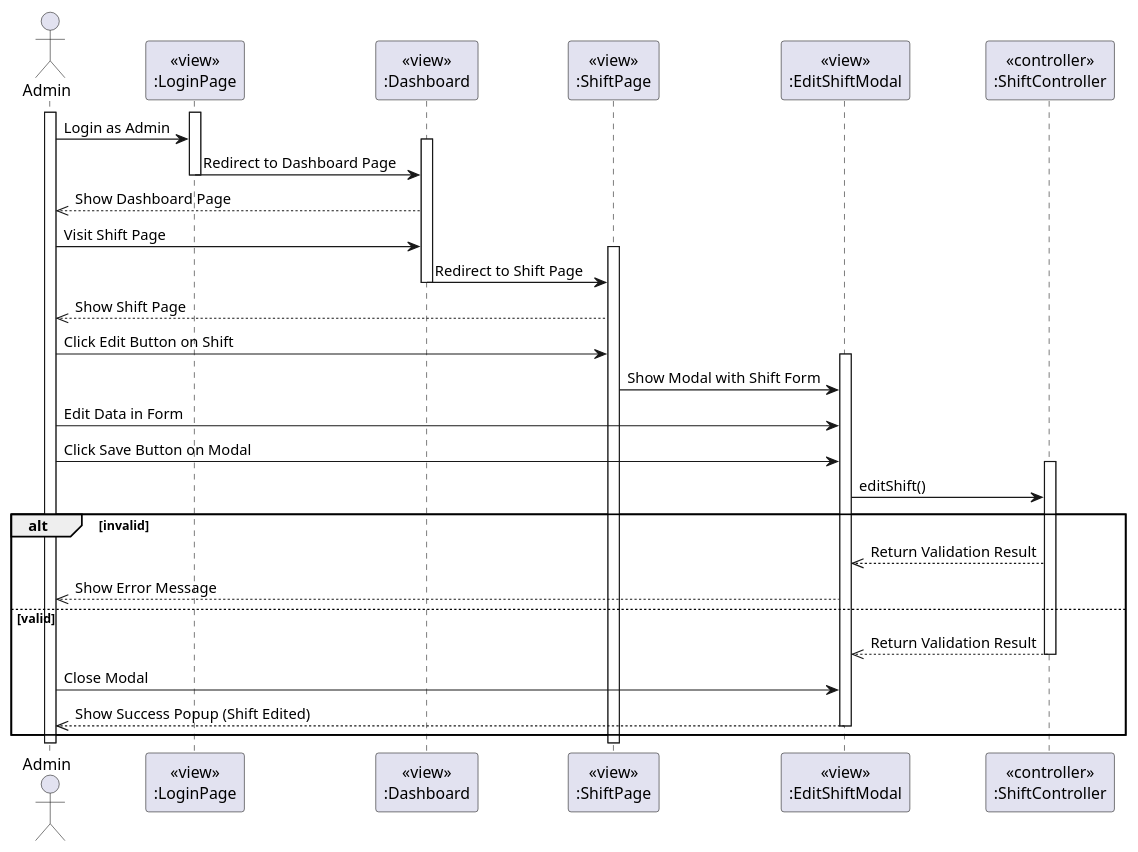
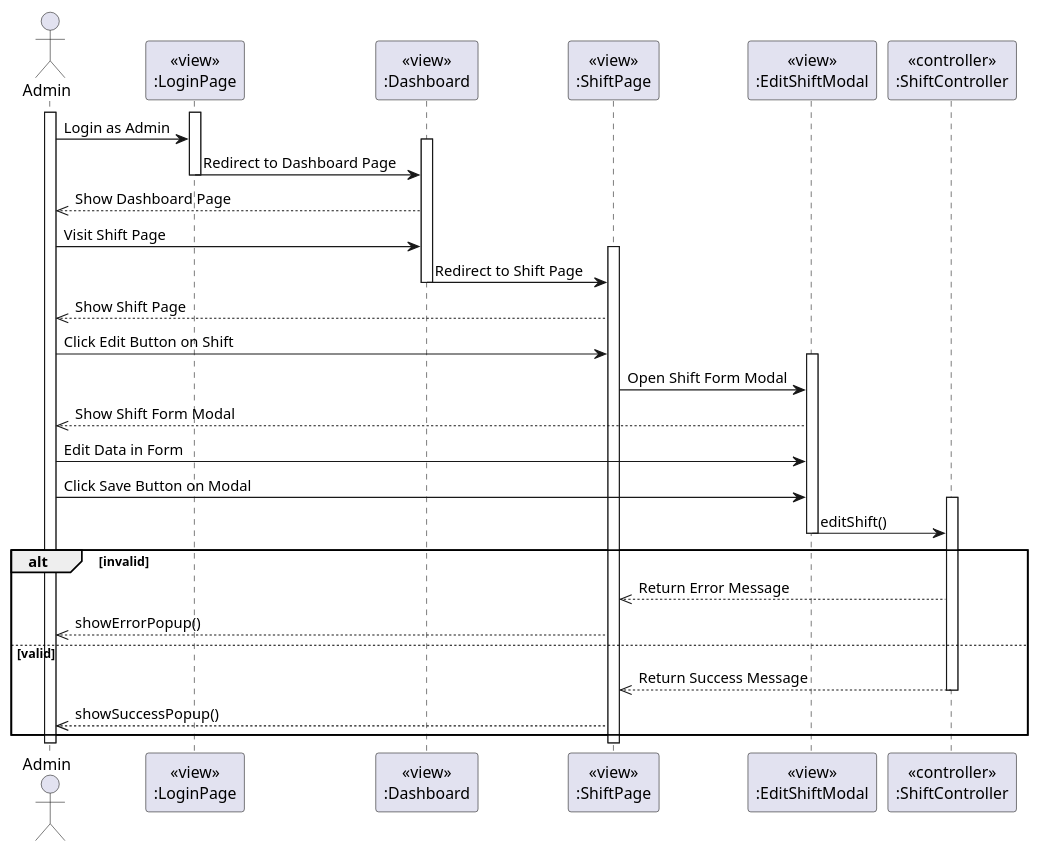
One commit to felixpherry/Lecturna-UML changed the diagram in 049. Edit Shift/Sequence Diagram.puml. Above: the diagram before and after it, drawn with PlantUML. The commit also changed 82 other files, not shown here.

Commit message:
Fix: Sequence Diagrams

```diff
--- a/049. Edit Shift/Sequence Diagram.puml
+++ b/049. Edit Shift/Sequence Diagram.puml
@@ -1,69 +1,68 @@
 @startuml EditShift
 actor Admin
 participant LoginPageView [
   <<view>>
   :LoginPage
 ]
 
 participant DashboardView [
   <<view>>
   :Dashboard
 ]
 
 participant ShiftView [
   <<view>>
   :ShiftPage
 ]
 
 participant EditShiftModalView [
   <<view>>
   :EditShiftModal
 ]
 
 participant ShiftController [
   <<controller>>
   :ShiftController
 ]
 
 activate Admin
 activate LoginPageView
 Admin -> LoginPageView: Login as Admin
 activate DashboardView
 LoginPageView -> DashboardView: Redirect to Dashboard Page
 deactivate LoginPageView
 
 DashboardView -->> Admin: Show Dashboard Page
 
 Admin -> DashboardView: Visit Shift Page
 activate ShiftView
 DashboardView -> ShiftView: Redirect to Shift Page
 deactivate DashboardView
 
 ShiftView -->> Admin: Show Shift Page
 
 Admin -> ShiftView: Click Edit Button on Shift
 
 activate EditShiftModalView
-ShiftView -> EditShiftModalView: Show Modal with Shift Form
+ShiftView -> EditShiftModalView: Open Shift Form Modal
+EditShiftModalView -->> Admin: Show Shift Form Modal
 
 Admin -> EditShiftModalView: Edit Data in Form
 Admin -> EditShiftModalView: Click Save Button on Modal
 
 activate ShiftController
 EditShiftModalView -> ShiftController: editShift()
+deactivate EditShiftModalView
 alt invalid
-    ShiftController -->> EditShiftModalView: Return Validation Result
-    EditShiftModalView -->> Admin: Show Error Message
+    ShiftController -->> ShiftView: Return Error Message
+    ShiftView -->> Admin: showErrorPopup()
 else valid
-    ShiftController -->> EditShiftModalView: Return Validation Result
+    ShiftController -->> ShiftView: Return Success Message
     deactivate ShiftController
 
-    Admin -> EditShiftModalView: Close Modal
-
-    EditShiftModalView -->> Admin: Show Success Popup (Shift Edited)
-    deactivate EditShiftModalView
+    ShiftView -->> Admin: showSuccessPopup()
 end
 
 deactivate Admin
 deactivate ShiftView
 @enduml
```
